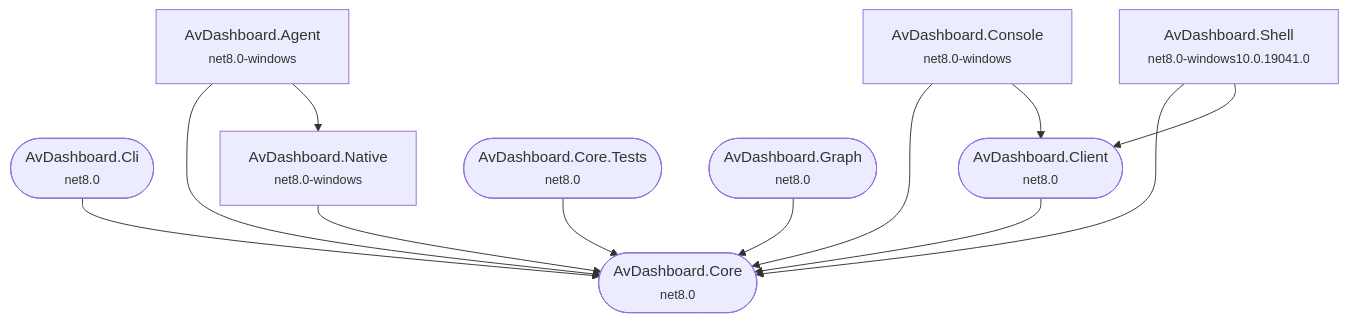
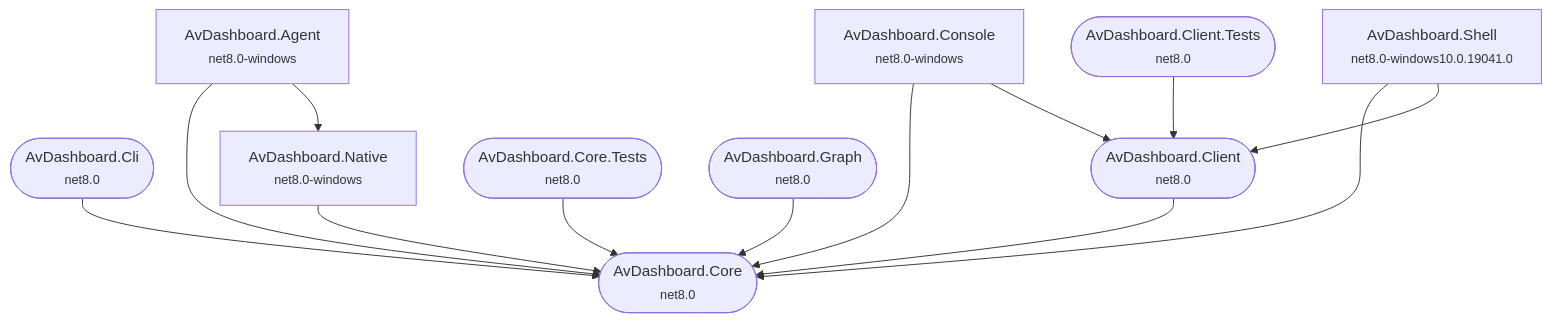
One commit to zivko17/AV-Dashboard changed the first of 2 diagrams in docs/grafo.md. Above: the diagram before and after it, drawn with Mermaid. The commit also changed other lines of this file and 11 other files, not shown here.

````diff
--- a/docs/grafo.md
+++ b/docs/grafo.md
@@ -10,24 +10,26 @@
 ```mermaid
 graph TD
     AvDashboard_Agent["AvDashboard.Agent<br/><small>net8.0-windows</small>"]
     AvDashboard_Cli(["AvDashboard.Cli<br/><small>net8.0</small>"])
     AvDashboard_Client(["AvDashboard.Client<br/><small>net8.0</small>"])
     AvDashboard_Console["AvDashboard.Console<br/><small>net8.0-windows</small>"]
     AvDashboard_Core(["AvDashboard.Core<br/><small>net8.0</small>"])
     AvDashboard_Native["AvDashboard.Native<br/><small>net8.0-windows</small>"]
     AvDashboard_Shell["AvDashboard.Shell<br/><small>net8.0-windows10.0.19041.0</small>"]
+    AvDashboard_Client_Tests(["AvDashboard.Client.Tests<br/><small>net8.0</small>"])
     AvDashboard_Core_Tests(["AvDashboard.Core.Tests<br/><small>net8.0</small>"])
     AvDashboard_Graph(["AvDashboard.Graph<br/><small>net8.0</small>"])
 
     AvDashboard_Agent --> AvDashboard_Core
     AvDashboard_Agent --> AvDashboard_Native
     AvDashboard_Cli --> AvDashboard_Core
     AvDashboard_Client --> AvDashboard_Core
     AvDashboard_Console --> AvDashboard_Core
     AvDashboard_Console --> AvDashboard_Client
     AvDashboard_Native --> AvDashboard_Core
     AvDashboard_Shell --> AvDashboard_Core
     AvDashboard_Shell --> AvDashboard_Client
+    AvDashboard_Client_Tests --> AvDashboard_Client
     AvDashboard_Core_Tests --> AvDashboard_Core
     AvDashboard_Graph --> AvDashboard_Core
 ```
````
